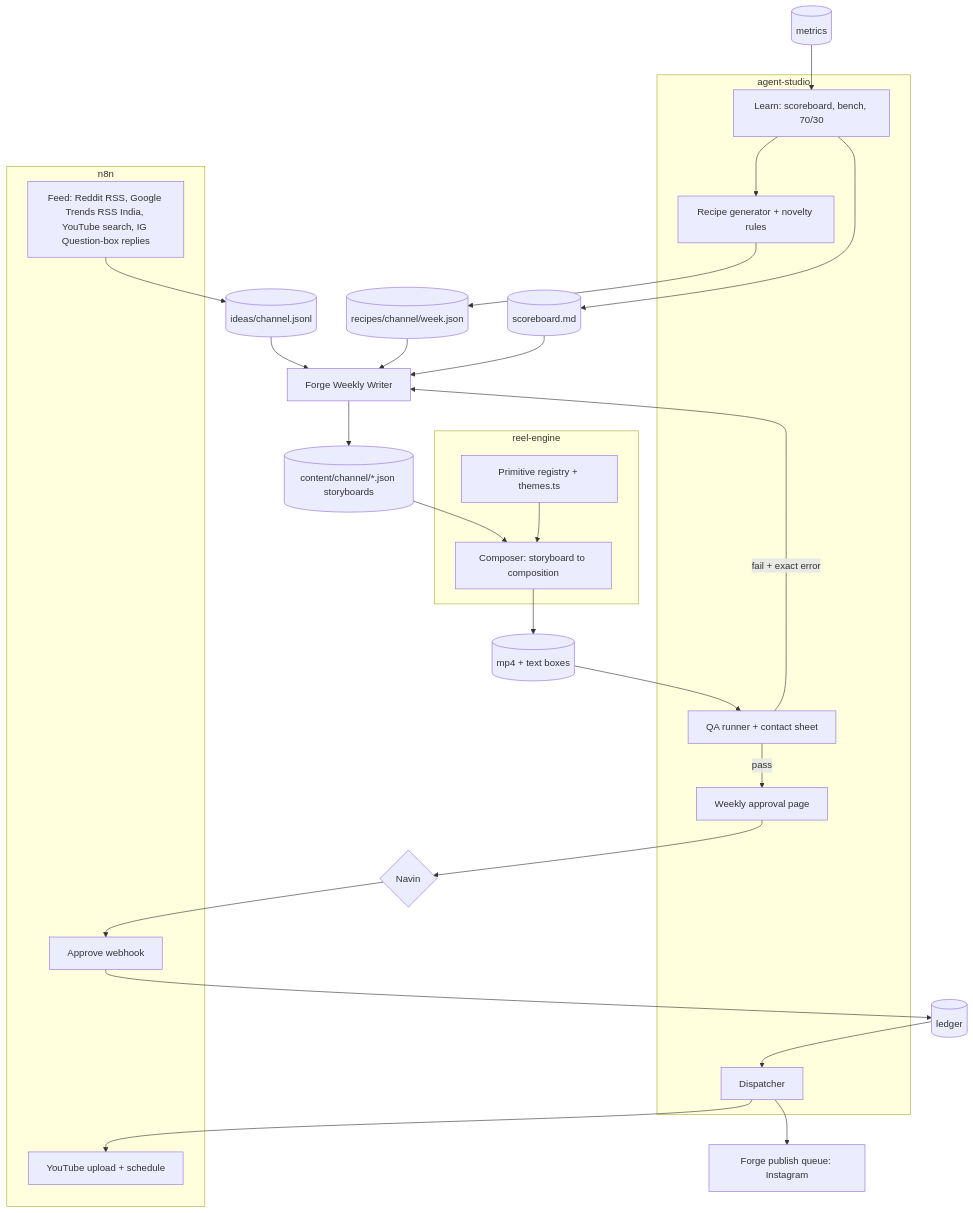
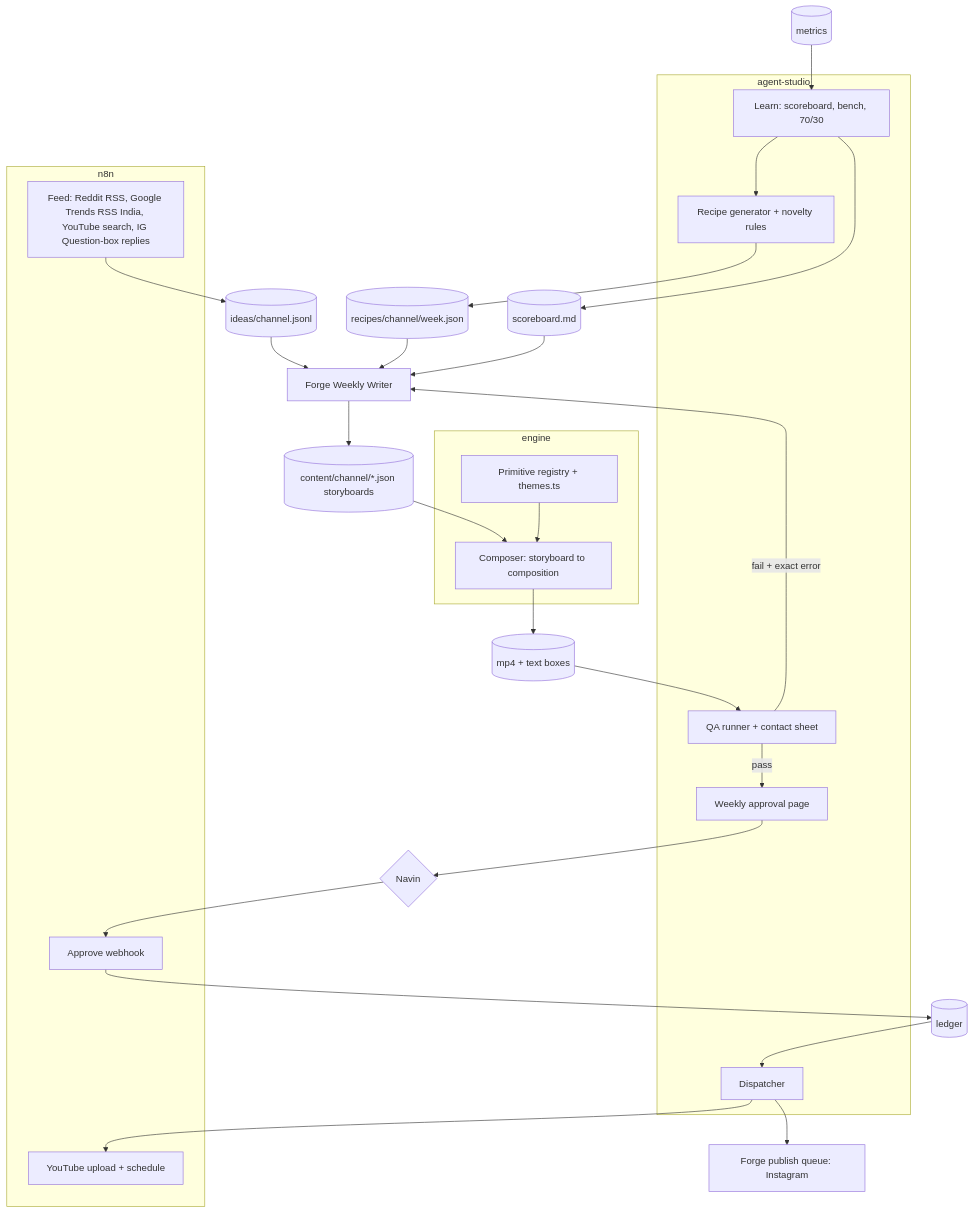
Before and after one commit to navin-labs/agent-studio: the diagram in docs/TECH.md, drawn with Mermaid. The commit also changed other lines of this file and 84 other files, not shown here.

````diff
--- a/docs/TECH.md
+++ b/docs/TECH.md
@@ -6,32 +6,32 @@
 ```mermaid
 flowchart TB
   subgraph n8n
     FEED[Feed: Reddit RSS, Google Trends RSS India, YouTube search, IG Question-box replies]
     YT[YouTube upload + schedule]
     HOOK[Approve webhook]
   end
   subgraph agent-studio
     RECIPE[Recipe generator + novelty rules]
     QA[QA runner + contact sheet]
     PAGE[Weekly approval page]
     DISP[Dispatcher]
     LEARN[Learn: scoreboard, bench, 70/30]
   end
-  subgraph reel-engine
+  subgraph engine
     COMP[Composer: storyboard to composition]
     PRIM[Primitive registry + themes.ts]
   end
   FORGE[Forge Weekly Writer]
   FEED --> IDEAS[(ideas/channel.jsonl)] --> FORGE
   RECIPE --> REC[(recipes/channel/week.json)] --> FORGE
   LEARN --> SB[(scoreboard.md)] --> FORGE
   FORGE --> SBJ[(content/channel/*.json storyboards)] --> COMP
   PRIM --> COMP --> MP4[(mp4 + text boxes)] --> QA
   QA -- fail + exact error --> FORGE
   QA -- pass --> PAGE --> NAVIN{Navin}
   NAVIN --> HOOK --> LEDGER[(ledger)]
   LEDGER --> DISP
   DISP --> YT
   DISP --> FQ[Forge publish queue: Instagram]
   METRICS[(metrics)] --> LEARN --> RECIPE
 ```
````
